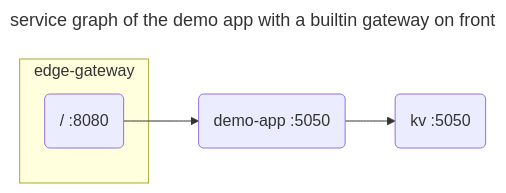
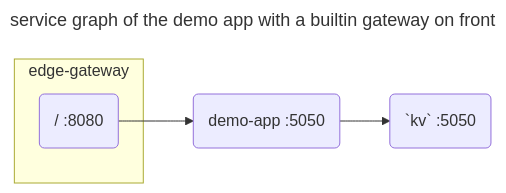
The diagram in app/_src/guides/gateway-builtin.md (kumahq/kuma-website), drawn with Mermaid before and after one commit. The commit also changed 2 other files, not shown here.

Commit message:
escape kv

```diff
--- a/app/_src/guides/gateway-builtin.md
+++ b/app/_src/guides/gateway-builtin.md
@@ -13,13 +13,13 @@
 {% mermaid %}
 ---
 title: service graph of the demo app with a builtin gateway on front
 ---
 flowchart LR
   subgraph edge-gateway
     gw0(/ :8080)
   end
   demo-app(demo-app :5050)
-  kv(kv :5050)
+  kv(`kv` :5050)
   gw0 --> demo-app 
   demo-app --> kv
 {% endmermaid %}
```
